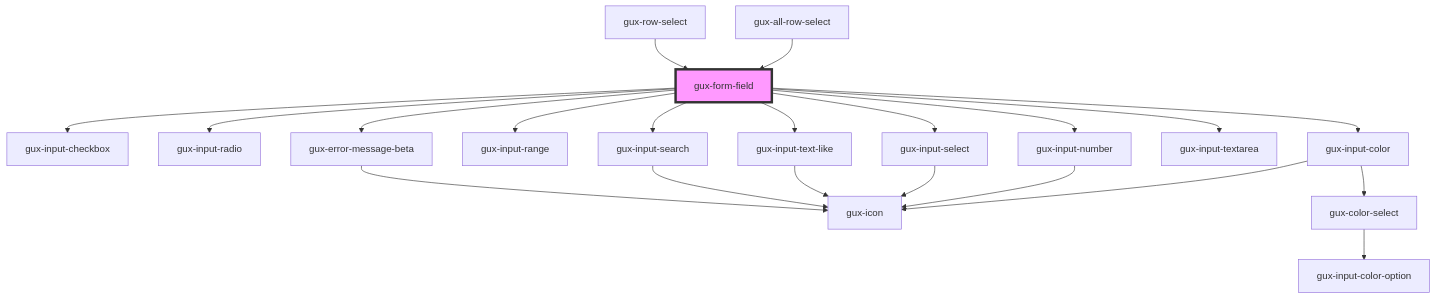
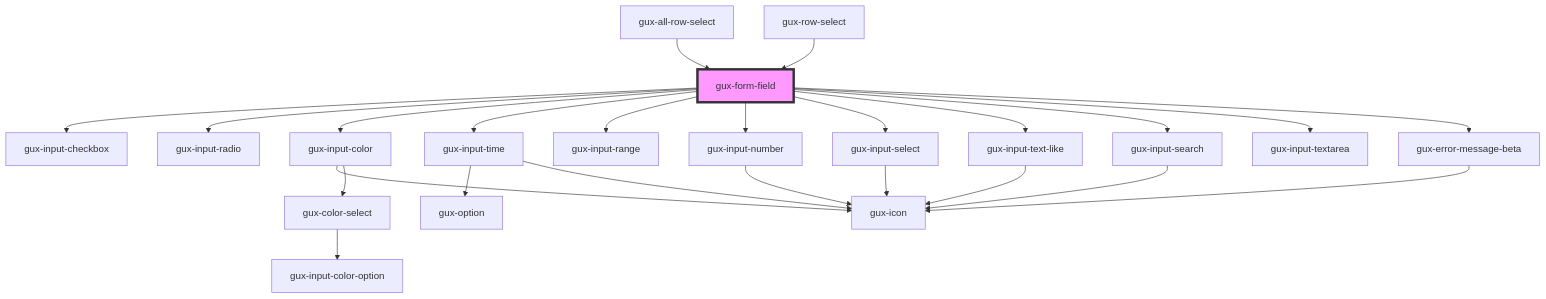
The diagram in src/components/stable/gux-form-field/readme.md (ouyuxuan/genesys-webcomponents), drawn with Mermaid before and after one commit. The commit also changed other lines of this file and 15 other files, not shown here.

Commit message:
feat(gux-input-time): add time picker component

````diff
--- a/src/components/stable/gux-form-field/readme.md
+++ b/src/components/stable/gux-form-field/readme.md
@@ -48,24 +50,27 @@
 ```mermaid
 graph TD;
   gux-form-field --> gux-input-checkbox
   gux-form-field --> gux-input-radio
   gux-form-field --> gux-input-color
+  gux-form-field --> gux-input-time
   gux-form-field --> gux-input-range
   gux-form-field --> gux-input-number
   gux-form-field --> gux-input-select
   gux-form-field --> gux-input-text-like
   gux-form-field --> gux-input-search
   gux-form-field --> gux-input-textarea
   gux-form-field --> gux-error-message-beta
   gux-input-color --> gux-icon
   gux-input-color --> gux-color-select
   gux-color-select --> gux-input-color-option
+  gux-input-time --> gux-option
+  gux-input-time --> gux-icon
   gux-input-number --> gux-icon
   gux-input-select --> gux-icon
   gux-input-text-like --> gux-icon
   gux-input-search --> gux-icon
   gux-error-message-beta --> gux-icon
   gux-all-row-select --> gux-form-field
   gux-row-select --> gux-form-field
   style gux-form-field fill:#f9f,stroke:#333,stroke-width:4px
 ```
````
